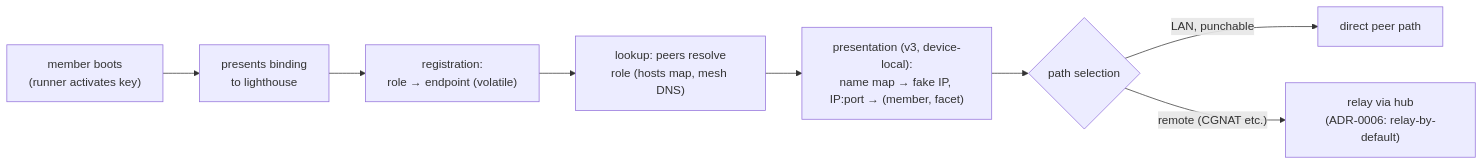
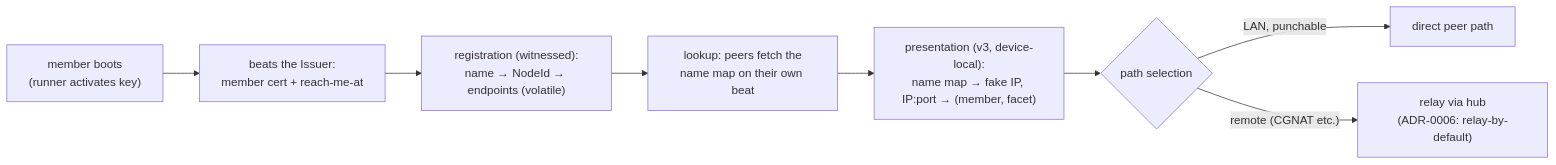
The sixth of 6 diagrams in docs/desired-state/domain-model.md (marnyg/talos-config), drawn with Mermaid before and after one commit. The commit also changed other lines of this file and 3 other files, not shown here.

Commit message:
docs: domain model synced to the nebula-free system (P4.2) — Key = Ed25519 NodeId, member cert binding, runners = one nodeagent, recipe→grants policy diagram, witnessed registration, enrollmsg v3 + name guard; goals: Mesh v2 is history, Mesh v3 at P4.2; two dangling nebstack/nebmachine comment refs

````diff
--- a/docs/desired-state/domain-model.md
+++ b/docs/desired-state/domain-model.md
@@ -334,10 +341,10 @@
 ```mermaid
 flowchart LR
-    A["member boots\n(runner activates key)"] --> B["presents binding\nto lighthouse"]
-    B --> C["registration:\nrole → endpoint (volatile)"]
-    C --> D["lookup: peers resolve\nrole (hosts map, mesh DNS)"]
+    A["member boots\n(runner activates key)"] --> B["beats the Issuer:\nmember cert + reach-me-at"]
+    B --> C["registration (witnessed):\nname → NodeId → endpoints (volatile)"]
+    C --> D["lookup: peers fetch the\nname map on their own beat"]
     D --> P["presentation (v3, device-local):\nname map → fake IP, IP:port → (member, facet)"]
     P --> E{"path selection"}
     E -->|"LAN, punchable"| F["direct peer path"]
     E -->|"remote (CGNAT etc.)"| G["relay via hub\n(ADR-0006: relay-by-default)"]
 ```
````
